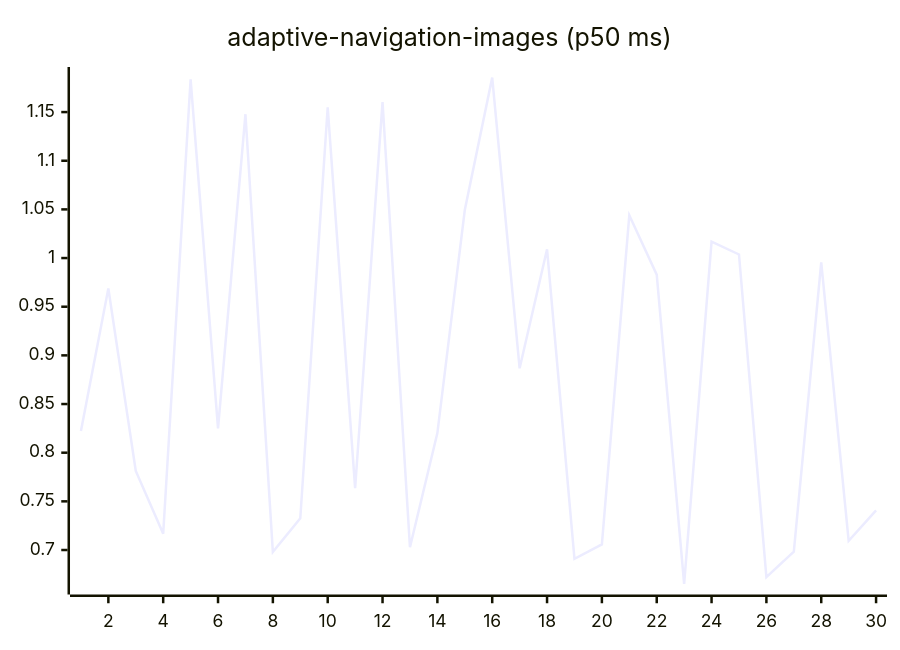
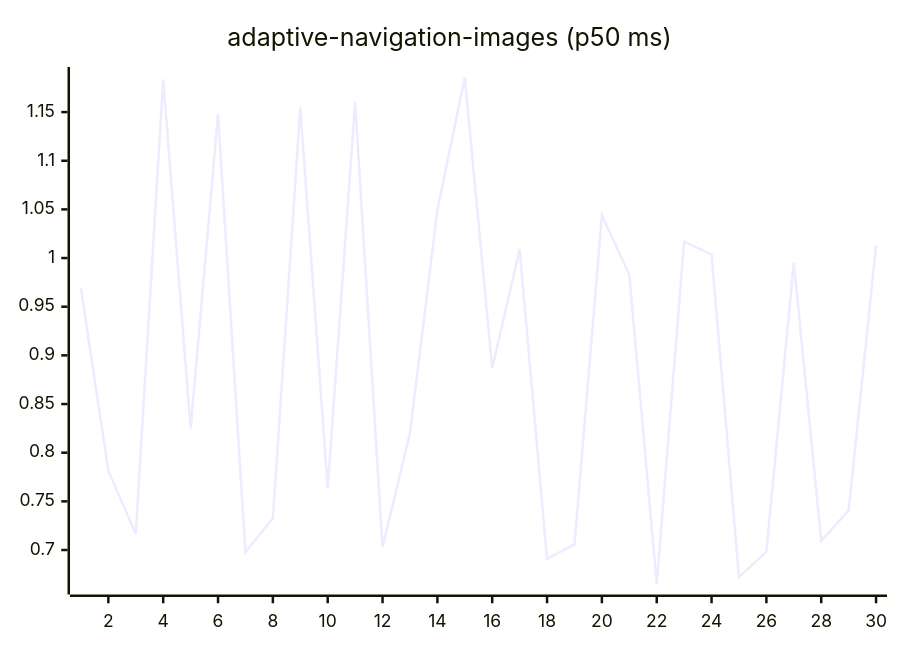
The first of 27 diagrams in README.md (josha/Facet), drawn with Mermaid before and after one commit. The commit also changed other lines of this file and 2 other files, not shown here.

````diff
--- a/README.md
+++ b/README.md
@@ -63,6 +63,6 @@
 ```mermaid
 xychart-beta
     title "adaptive-navigation-images (p50 ms)"
     x-axis 1 --> 30
-    line [0.8222, 0.9687, 0.7812, 0.7168, 1.1836, 0.8250, 1.1478, 0.6980, 0.7325, 1.1549, 0.7635, 1.1603, 0.7028, 0.8201, 1.0494, 1.1854, 0.8867, 1.0090, 0.6909, 0.7058, 1.0439, 0.9829, 0.6652, 1.0169, 1.0037, 0.6721, 0.6983, 0.9956, 0.7094, 0.7407]
+    line [0.9687, 0.7812, 0.7168, 1.1836, 0.8250, 1.1478, 0.6980, 0.7325, 1.1549, 0.7635, 1.1603, 0.7028, 0.8201, 1.0494, 1.1854, 0.8867, 1.0090, 0.6909, 0.7058, 1.0439, 0.9829, 0.6652, 1.0169, 1.0037, 0.6721, 0.6983, 0.9956, 0.7094, 0.7407, 1.0129]
 ```
````
